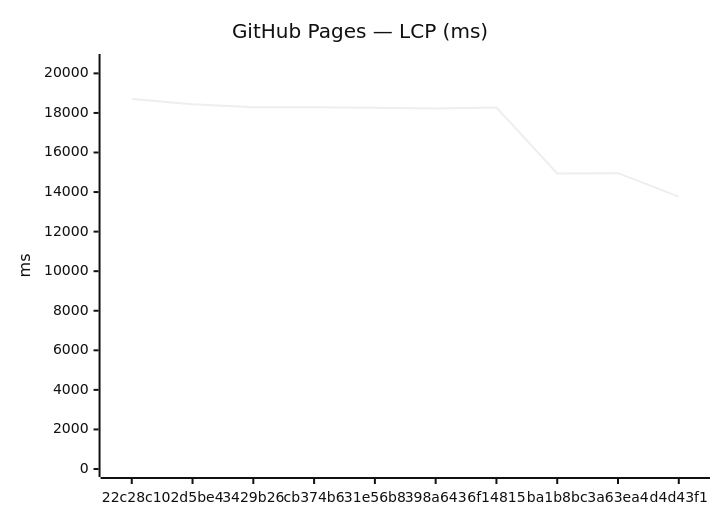
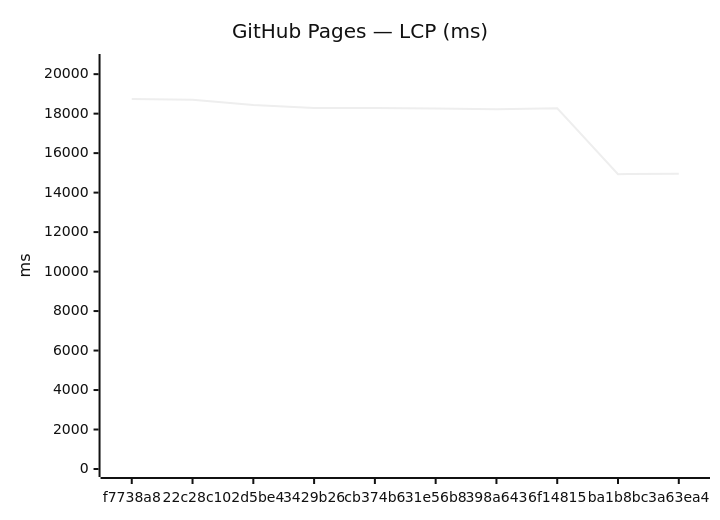
Before and after one commit to Metaheurist/Rianell: the third of 18 diagrams in benchmarks/compare.md, drawn with Mermaid (neutral theme). The commit also changed other lines of this file and 11 other files, not shown here.

````diff
--- a/benchmarks/compare.md
+++ b/benchmarks/compare.md
@@ -54,7 +54,7 @@
 ```mermaid
 xychart-beta
     title "GitHub Pages — LCP (ms)"
-    x-axis ["22c28c1", "02d5be4", "3429b26", "cb374b6", "31e56b8", "398a643", "6f14815", "ba1b8bc", "3a63ea4", "d4d43f1"]
-    y-axis "ms" 0 --> 20575
-    line [18704, 18438, 18287, 18290, 18265, 18222, 18275, 14936, 14957, 13769]
+    x-axis ["f7738a8", "22c28c1", "02d5be4", "3429b26", "cb374b6", "31e56b8", "398a643", "6f14815", "ba1b8bc", "3a63ea4"]
+    y-axis "ms" 0 --> 20616
+    line [18741, 18704, 18438, 18287, 18290, 18265, 18222, 18275, 14936, 14957]
 ```
````
